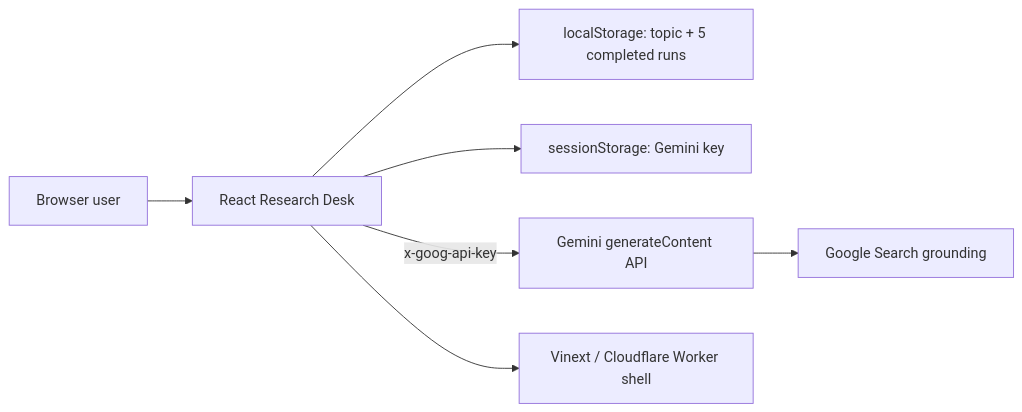
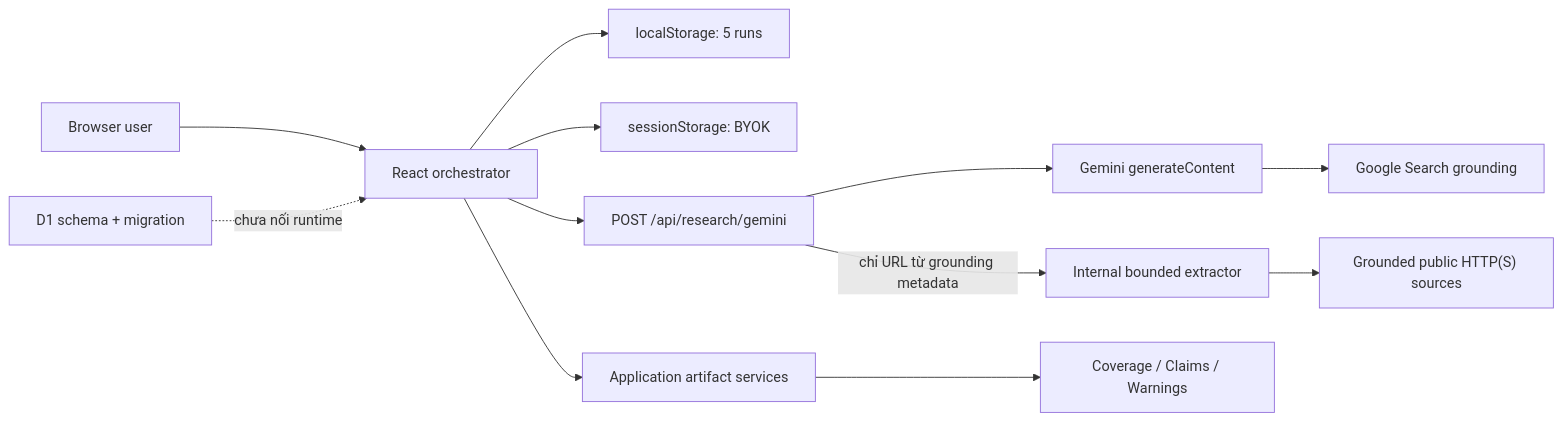
One commit to thang-lt/omni-view changed the first of 2 diagrams in knowledge/system-design.md. Above: the diagram before and after it, drawn with Mermaid. The commit also changed other lines of this file and 38 other files, not shown here.

````diff
--- a/knowledge/system-design.md
+++ b/knowledge/system-design.md
@@ -5,9 +5,14 @@
 ```mermaid
 flowchart LR
-    U["Browser user"] --> UI["React Research Desk"]
-    UI --> LS["localStorage: topic + 5 completed runs"]
-    UI --> SS["sessionStorage: Gemini key"]
-    UI -->|"x-goog-api-key"| G["Gemini generateContent API"]
+    U["Browser user"] --> O["React orchestrator"]
+    O --> LS["localStorage: 5 runs"]
+    O --> SS["sessionStorage: BYOK"]
+    O --> GW["POST /api/research/gemini"]
+    GW --> G["Gemini generateContent"]
     G --> GS["Google Search grounding"]
-    UI --> W["Vinext / Cloudflare Worker shell"]
+    GW -->|"chỉ URL từ grounding metadata"| EX["Internal bounded extractor"]
+    EX --> WEB["Grounded public HTTP(S) sources"]
+    O --> AP["Application artifact services"]
+    AP --> UI["Coverage / Claims / Warnings"]
+    D1["D1 schema + migration"] -. "chưa nối runtime" .-> O
 ```
````
